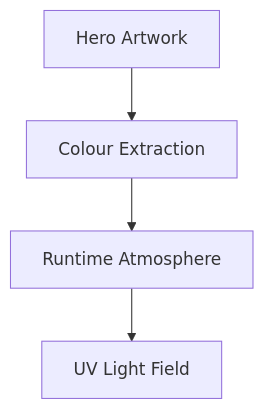
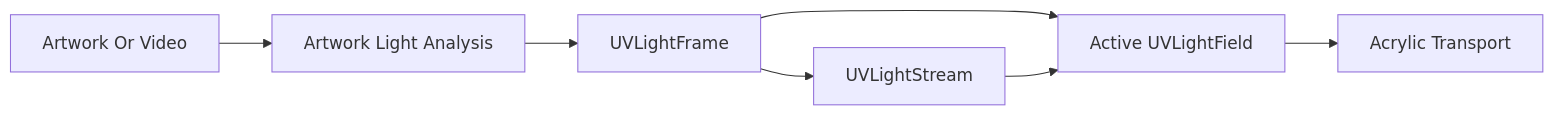
Before and after one commit to mosaic-media/architecture: the first of 7 diagrams in docs/design/system/mds-003-material-system/08-uv-indexed-refraction.md, drawn with Mermaid. The commit also changed other lines of this file and 12 other files, not shown here.

Commit message:
docs(mds-003): define refraction architecture

````diff
--- a/docs/design/system/mds-003-material-system/08-uv-indexed-refraction.md
+++ b/docs/design/system/mds-003-material-system/08-uv-indexed-refraction.md
@@ -146,12 +55,17 @@
 ```mermaid
-flowchart TD
+flowchart LR
 
-N1["Hero Artwork"]
-N2["Colour Extraction"]
-N3["Runtime Atmosphere"]
-N4["UV Light Field"]
+N1["Artwork Or Video"]
+N2["Artwork Light Analysis"]
+N3["UVLightFrame"]
+N4["UVLightStream"]
+N5["Active UVLightField"]
+N6["Acrylic Transport"]
 
 N1 --> N2
 N2 --> N3
+N3 --> N5
 N3 --> N4
+N4 --> N5
+N5 --> N6
 ```
````
